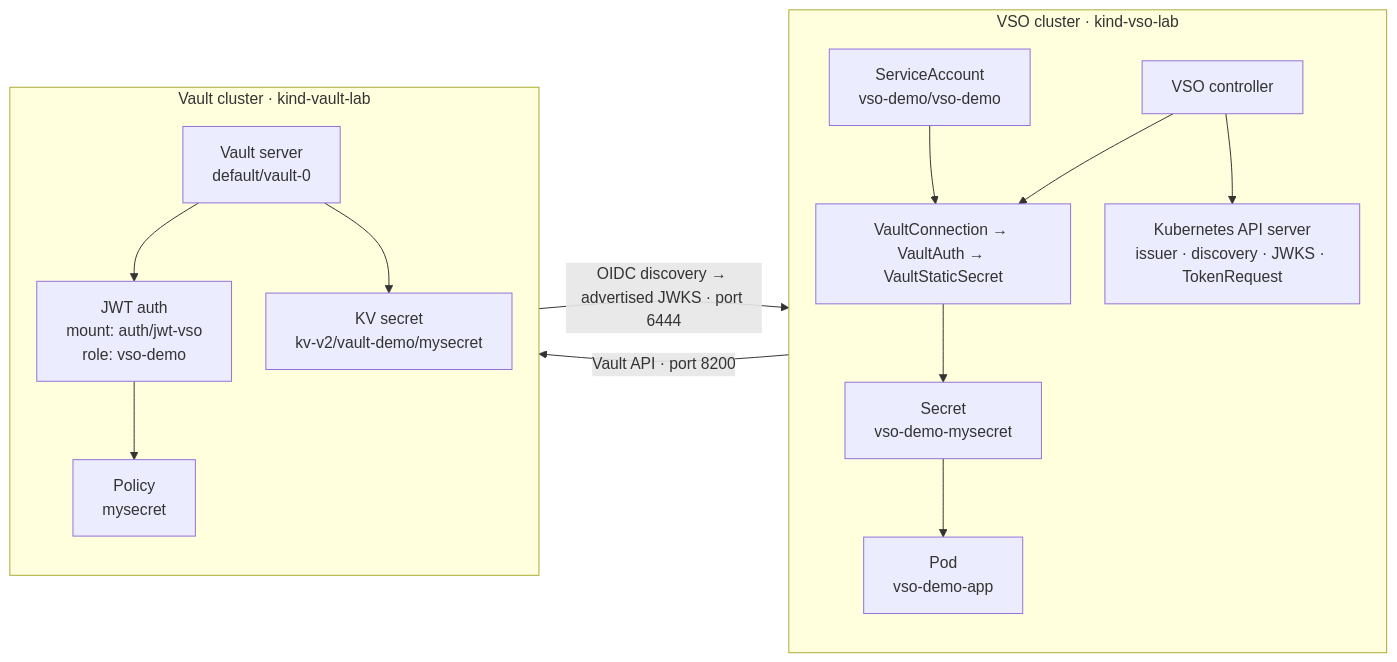
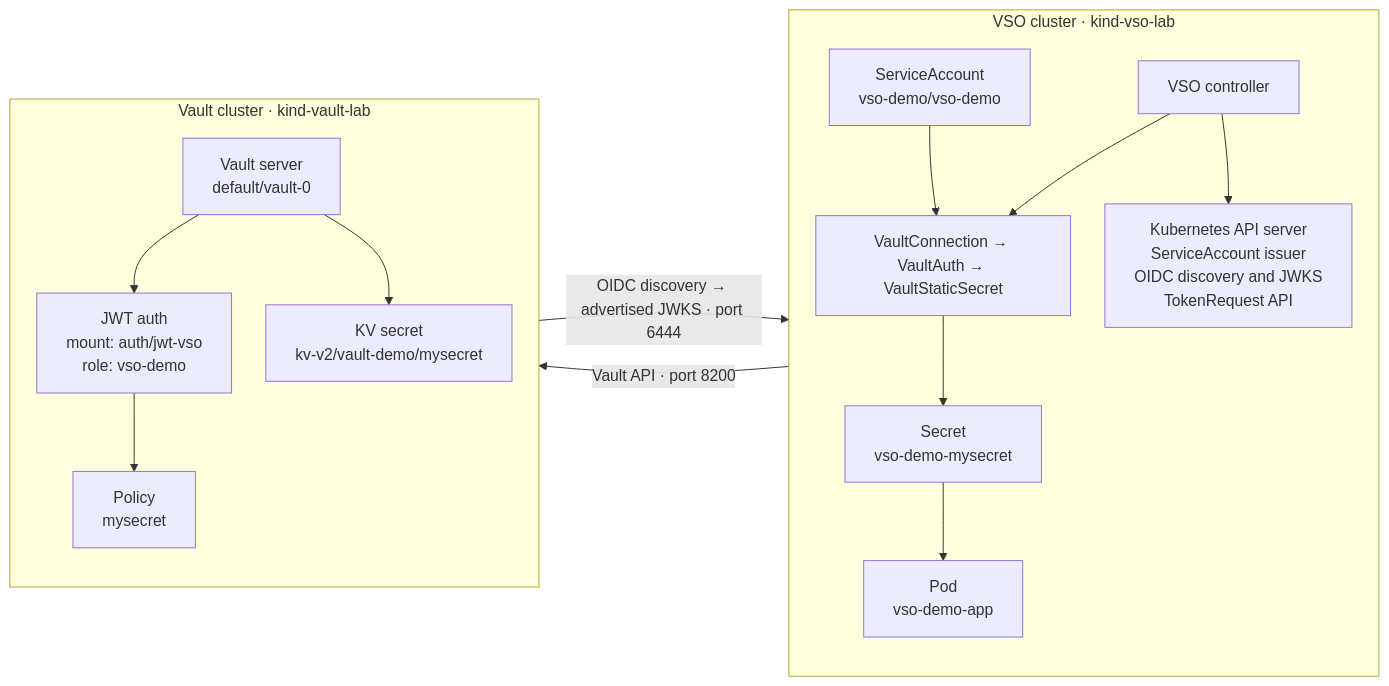
Before and after one commit to songlining/vault-k8s-demo: the first of 2 diagrams in docs/vso-jwt-oidc-demo.md, drawn with Mermaid. The commit also changed other lines of this file and 21 other files, not shown here.

````diff
--- a/docs/vso-jwt-oidc-demo.md
+++ b/docs/vso-jwt-oidc-demo.md
@@ -161,31 +114,31 @@
 ```mermaid
 %%{init: {"flowchart": {"nodeSpacing": 35, "rankSpacing": 55}}}%%
 flowchart LR
   subgraph VSOCluster["VSO cluster · kind-vso-lab"]
     direction TB
-    K8sAPI["Kubernetes API server<br/>issuer · discovery · JWKS · TokenRequest"]
+    K8sAPI["Kubernetes API server<br/>ServiceAccount issuer<br/>OIDC discovery and JWKS<br/>TokenRequest API"]
     VSO["VSO controller"]
     Identity["ServiceAccount<br/>vso-demo/vso-demo"]
     Pipeline["VaultConnection → VaultAuth → VaultStaticSecret"]
     NativeSecret["Secret<br/>vso-demo-mysecret"]
     App["Pod<br/>vso-demo-app"]
 
     Identity --> Pipeline
     VSO --> Pipeline --> NativeSecret --> App
     VSO --> K8sAPI
   end
 
   subgraph VaultCluster["Vault cluster · kind-vault-lab"]
     direction TB
     Vault["Vault server<br/>default/vault-0"]
     JWT["JWT auth<br/>mount: auth/jwt-vso<br/>role: vso-demo"]
     Policy["Policy<br/>mysecret"]
     KV["KV secret<br/>kv-v2/vault-demo/mysecret"]
 
     Vault --> JWT --> Policy
     Vault --> KV
   end
 
   Pipeline -->|"Vault API · port 8200"| Vault
   JWT -->|"OIDC discovery → advertised JWKS · port 6444"| K8sAPI
 ```
````
